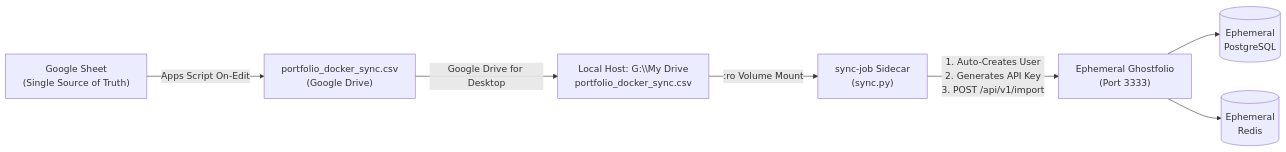
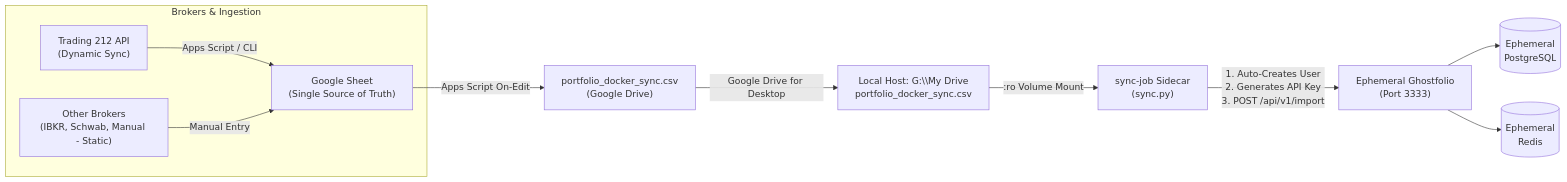
The diagram in portfolio-tracker/README.md (hisaur/investment-tools), drawn with Mermaid before and after one commit. The commit also changed other lines of this file and 4 other files, not shown here.

Commit message:
feat(pipeline): add Trading 212 dynamic broker sync and multi-broker support to Google Sheets pipeline

````diff
--- a/portfolio-tracker/README.md
+++ b/portfolio-tracker/README.md
@@ -61,9 +61,14 @@
 ```mermaid
 flowchart LR
-    A["Google Sheet\n(Single Source of Truth)"] -->|"Apps Script On-Edit"| B["portfolio_docker_sync.csv\n(Google Drive)"]
-    B -->|"Google Drive for Desktop"| C["Local Host: G:\\My Drive\nportfolio_docker_sync.csv"]
-    C -->|":ro Volume Mount"| D["sync-job Sidecar\n(sync.py)"]
-    D -->|"1. Auto-Creates User\n2. Generates API Key\n3. POST /api/v1/import"| E["Ephemeral Ghostfolio\n(Port 3333)"]
-    E --> F[("Ephemeral\nPostgreSQL")]
-    E --> G[("Ephemeral\nRedis")]
+    subgraph Upstream["Brokers & Ingestion"]
+        T212["Trading 212 API<br/>(Dynamic Sync)"] -->|Apps Script / CLI| GS
+        OtherB["Other Brokers<br/>(IBKR, Schwab, Manual - Static)"] -->|Manual Entry| GS
+        GS["Google Sheet<br/>(Single Source of Truth)"]
+    end
+    GS -->|"Apps Script On-Edit"| B["portfolio_docker_sync.csv<br/>(Google Drive)"]
+    B -->|"Google Drive for Desktop"| C["Local Host: G:\\My Drive<br/>portfolio_docker_sync.csv"]
+    C -->|":ro Volume Mount"| D["sync-job Sidecar<br/>(sync.py)"]
+    D -->|"1. Auto-Creates User<br/>2. Generates API Key<br/>3. POST /api/v1/import"| E["Ephemeral Ghostfolio<br/>(Port 3333)"]
+    E --> F[("Ephemeral<br/>PostgreSQL")]
+    E --> G[("Ephemeral<br/>Redis")]
 ```
````
